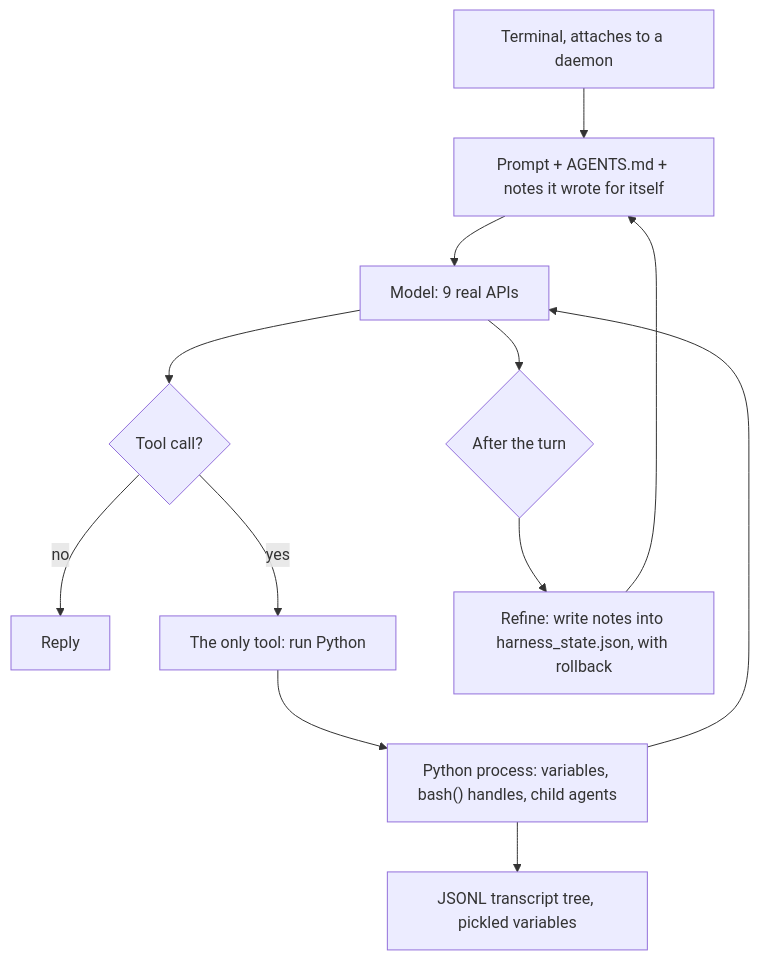
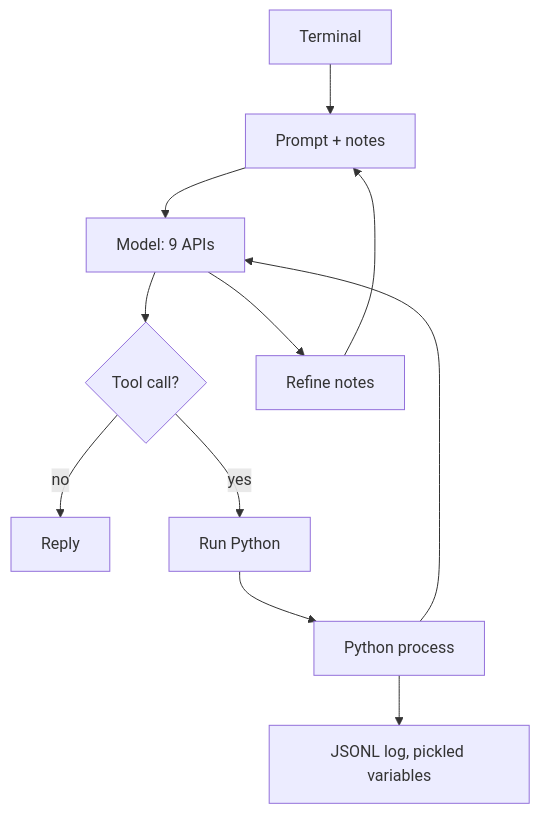
Before and after one commit to JaredTate/nerdgenie: the third of 7 diagrams in docs/HARNESS_V2.md, drawn with Mermaid. The commit also changed other lines of this file and 4 other files, not shown here.

Commit message:
Rewrite both documents in complete sentences; redraw all ten diagrams with short labels so nothing is clipped

````diff
--- a/docs/HARNESS_V2.md
+++ b/docs/HARNESS_V2.md
@@ -103,14 +106,13 @@
 ```mermaid
 flowchart TD
-  U["Terminal, attaches to a daemon"] --> C["Prompt + AGENTS.md + notes it wrote for itself"]
-  C --> M["Model: 9 real APIs"]
+  U["Terminal"] --> C["Prompt + notes"]
+  C --> M["Model: 9 APIs"]
   M --> K{"Tool call?"}
   K -->|"no"| F["Reply"]
-  K -->|"yes"| T["The only tool: run Python"]
-  T --> V["Python process: variables, bash() handles, child agents"]
+  K -->|"yes"| T["Run Python"]
+  T --> V["Python process"]
   V --> M
-  M --> Z{"After the turn"}
-  Z --> W["Refine: write notes into harness_state.json, with rollback"]
+  M --> W["Refine notes"]
   W --> C
-  V --> S["JSONL transcript tree, pickled variables"]
+  V --> S["JSONL log, pickled variables"]
 ```
````
